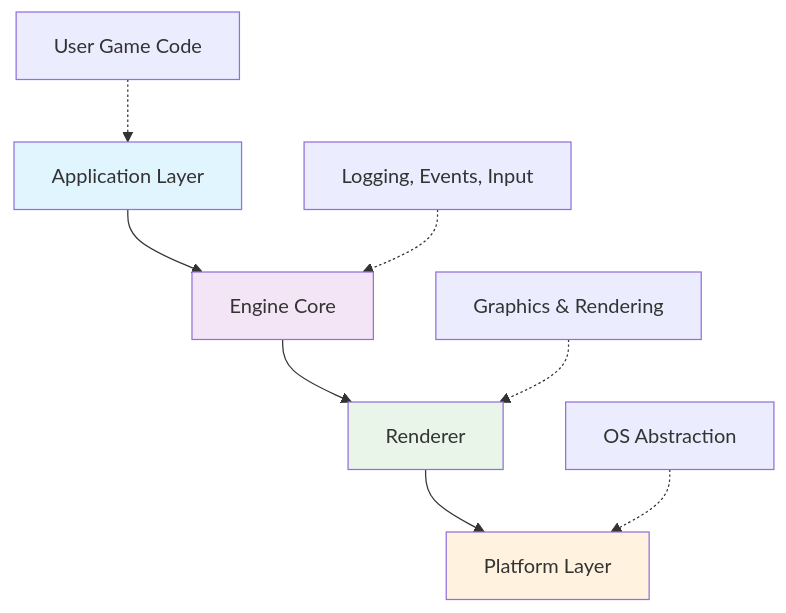
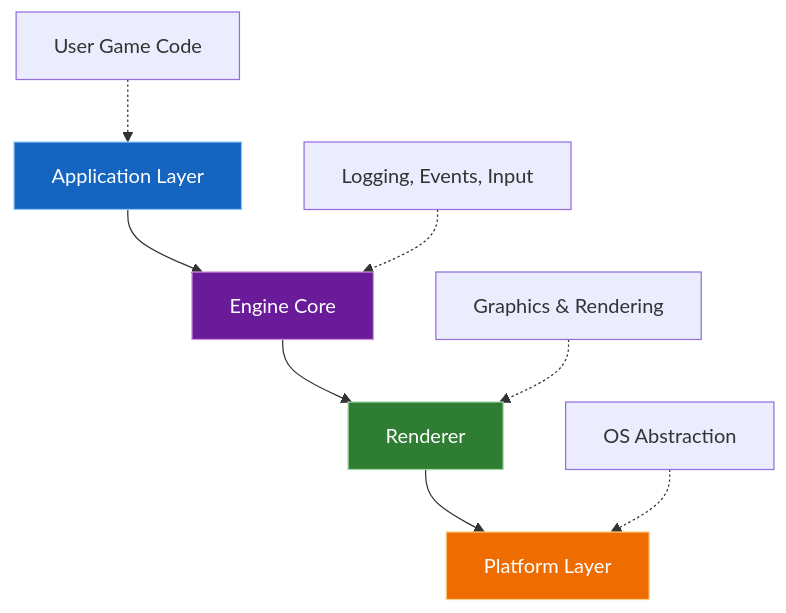
One commit to RaghavGohil/Imagine3D changed the diagram in README.md. Above: the diagram before and after it, drawn with Mermaid.

Commit message:
fix: color for dark theme

````diff
--- a/README.md
+++ b/README.md
@@ -57,16 +57,16 @@
 ```mermaid
 graph TD
     A[Application Layer] --> B[Engine Core]
     B --> C[Renderer]
     C --> D[Platform Layer]
-    
+
     A1[User Game Code] -.-> A
     B1[Logging, Events, Input] -.-> B
     C1[Graphics & Rendering] -.-> C
     D1[OS Abstraction] -.-> D
-    
-    style A fill:#e1f5fe
-    style B fill:#f3e5f5
-    style C fill:#e8f5e8
-    style D fill:#fff3e0
+
+    style A fill:#1565c0,stroke:#90caf9,color:#ffffff
+    style B fill:#6a1b9a,stroke:#ce93d8,color:#ffffff
+    style C fill:#2e7d32,stroke:#a5d6a7,color:#ffffff
+    style D fill:#ef6c00,stroke:#ffcc80,color:#ffffff
 ```
````
